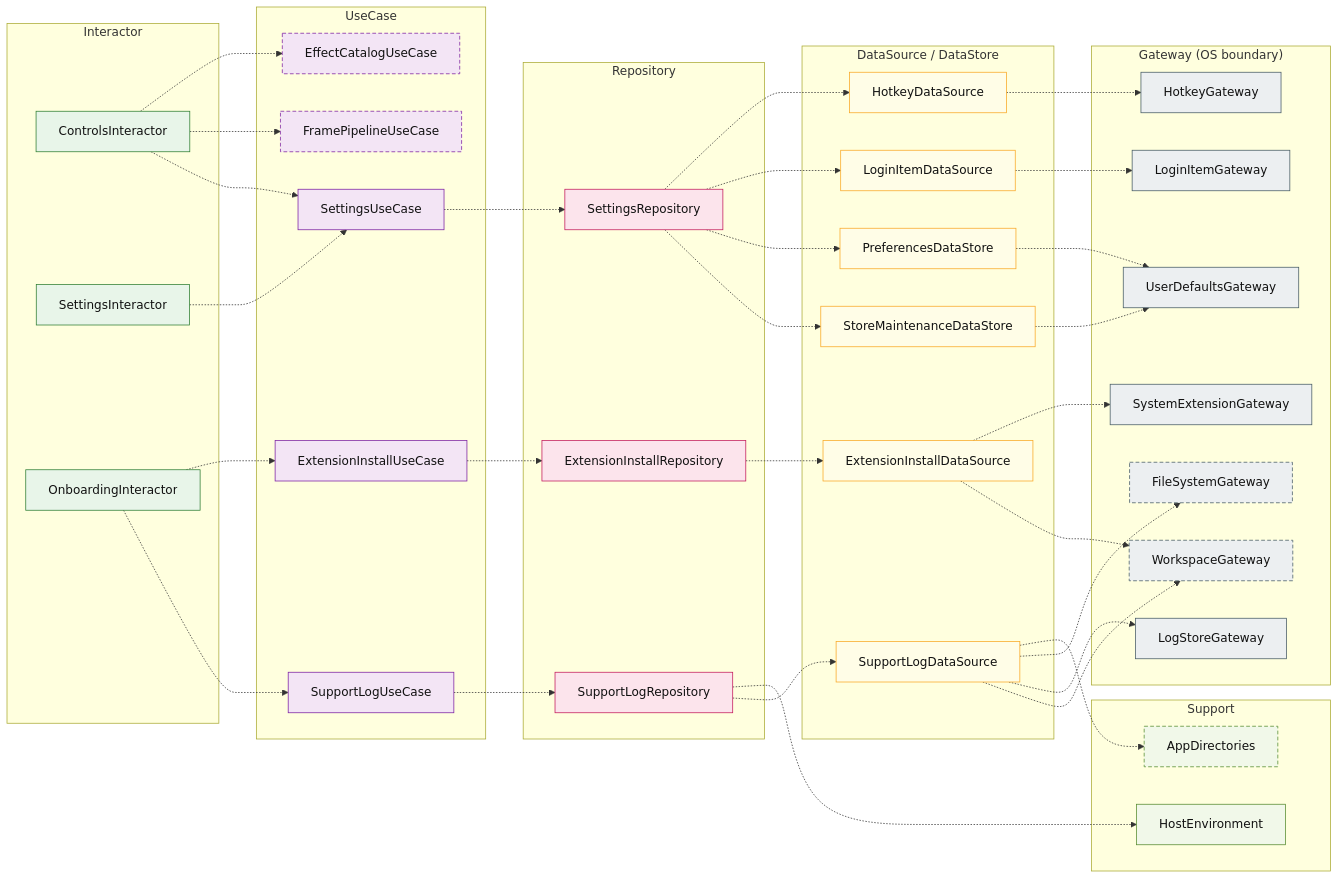
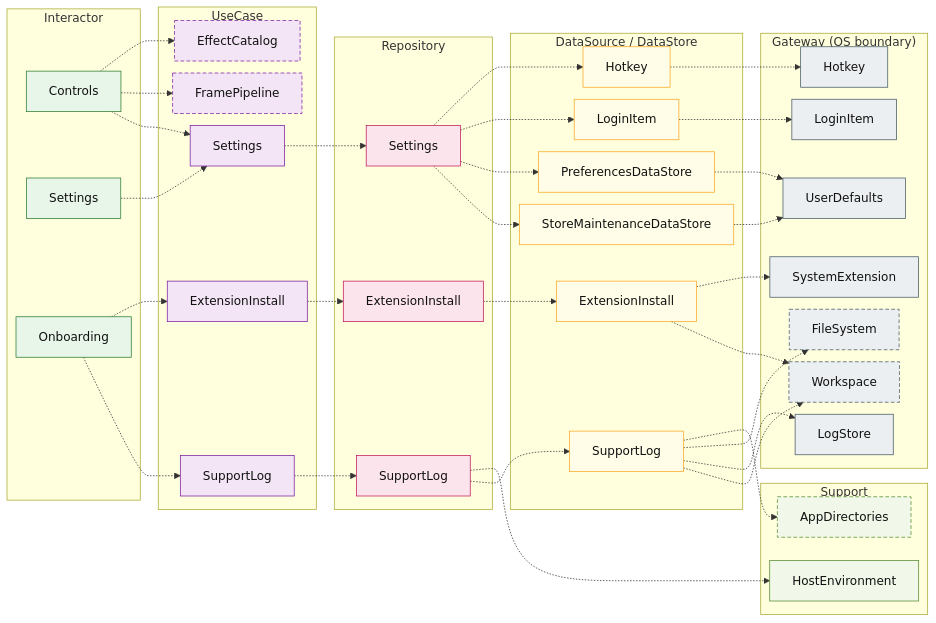
One commit to GeneralD/mirage changed the seventh of 8 diagrams in docs/ARCHITECTURE.md. Above: the diagram before and after it, drawn with Mermaid. The commit also changed other lines of this file, not shown here.

First line of the commit message:
docs(architecture): fit the module diagrams to the page width

````diff
--- a/docs/ARCHITECTURE.md
+++ b/docs/ARCHITECTURE.md
@@ -385,76 +414,77 @@
 ```mermaid
+%%{init: {"flowchart": {"rankSpacing": 24, "nodeSpacing": 16}}}%%
 graph LR
-  subgraph App_int["Interactor"]
-    ControlsInteractor:::int
-    SettingsInteractor:::int
-    OnboardingInteractor:::int
+  subgraph Area3_int["Interactor"]
+    ControlsInteractor["Controls"]:::int
+    SettingsInteractor["Settings"]:::int
+    OnboardingInteractor["Onboarding"]:::int
   end
-  subgraph App_uc["UseCase"]
-    SettingsUseCase:::uc
-    ExtensionInstallUseCase:::uc
-    SupportLogUseCase:::uc
-    EffectCatalogUseCase:::ucx
-    FramePipelineUseCase:::ucx
+  subgraph Area3_uc["UseCase"]
+    SettingsUseCase["Settings"]:::uc
+    ExtensionInstallUseCase["ExtensionInstall"]:::uc
+    SupportLogUseCase["SupportLog"]:::uc
+    EffectCatalogUseCase["EffectCatalog"]:::ucx
+    FramePipelineUseCase["FramePipeline"]:::ucx
   end
-  subgraph App_repo["Repository"]
-    SettingsRepository:::repo
-    ExtensionInstallRepository:::repo
-    SupportLogRepository:::repo
+  subgraph Area3_repo["Repository"]
+    SettingsRepository["Settings"]:::repo
+    ExtensionInstallRepository["ExtensionInstall"]:::repo
+    SupportLogRepository["SupportLog"]:::repo
   end
-  subgraph App_ds["DataSource / DataStore"]
-    HotkeyDataSource:::ds
-    LoginItemDataSource:::ds
+  subgraph Area3_ds["DataSource / DataStore"]
+    HotkeyDataSource["Hotkey"]:::ds
+    LoginItemDataSource["LoginItem"]:::ds
     PreferencesDataStore:::ds
     StoreMaintenanceDataStore:::ds
-    ExtensionInstallDataSource:::ds
-    SupportLogDataSource:::ds
+    ExtensionInstallDataSource["ExtensionInstall"]:::ds
+    SupportLogDataSource["SupportLog"]:::ds
   end
-  subgraph App_gw["Gateway (OS boundary)"]
-    HotkeyGateway:::gw
-    LoginItemGateway:::gw
-    UserDefaultsGateway:::gw
-    SystemExtensionGateway:::gw
-    LogStoreGateway:::gw
-    FileSystemGateway:::gwx
-    WorkspaceGateway:::gwx
+  subgraph Area3_gw["Gateway (OS boundary)"]
+    HotkeyGateway["Hotkey"]:::gw
+    LoginItemGateway["LoginItem"]:::gw
+    UserDefaultsGateway["UserDefaults"]:::gw
+    SystemExtensionGateway["SystemExtension"]:::gw
+    LogStoreGateway["LogStore"]:::gw
+    FileSystemGateway["FileSystem"]:::gwx
+    WorkspaceGateway["Workspace"]:::gwx
   end
-  subgraph App_sup["Support"]
+  subgraph Area3_sup["Support"]
     HostEnvironment:::sup
     AppDirectories:::supx
   end
   ControlsInteractor -.-> EffectCatalogUseCase
   ControlsInteractor -.-> FramePipelineUseCase
   ControlsInteractor -.-> SettingsUseCase
   SettingsInteractor -.-> SettingsUseCase
   OnboardingInteractor -.-> ExtensionInstallUseCase
   OnboardingInteractor -.-> SupportLogUseCase
   SettingsUseCase -.-> SettingsRepository
   ExtensionInstallUseCase -.-> ExtensionInstallRepository
   SupportLogUseCase -.-> SupportLogRepository
   SettingsRepository -.-> HotkeyDataSource
   SettingsRepository -.-> LoginItemDataSource
   SettingsRepository -.-> PreferencesDataStore
   SettingsRepository -.-> StoreMaintenanceDataStore
   ExtensionInstallRepository -.-> ExtensionInstallDataSource
   SupportLogRepository -.-> HostEnvironment
   SupportLogRepository -.-> SupportLogDataSource
   HotkeyDataSource -.-> HotkeyGateway
   LoginItemDataSource -.-> LoginItemGateway
   PreferencesDataStore -.-> UserDefaultsGateway
   StoreMaintenanceDataStore -.-> UserDefaultsGateway
   ExtensionInstallDataSource -.-> SystemExtensionGateway
   ExtensionInstallDataSource -.-> WorkspaceGateway
   SupportLogDataSource -.-> AppDirectories
   SupportLogDataSource -.-> FileSystemGateway
   SupportLogDataSource -.-> LogStoreGateway
   SupportLogDataSource -.-> WorkspaceGateway
   classDef ds fill:#fffde7,stroke:#f9a825,color:#111
   classDef gw fill:#eceff1,stroke:#455a64,color:#111
   classDef gwx fill:#eceff1,stroke:#455a64,color:#111,stroke-dasharray:5 3
   classDef int fill:#e8f5e9,stroke:#2e7d32,color:#111
   classDef repo fill:#fce4ec,stroke:#c2185b,color:#111
   classDef sup fill:#f1f8e9,stroke:#558b2f,color:#111
   classDef supx fill:#f1f8e9,stroke:#558b2f,color:#111,stroke-dasharray:5 3
   classDef uc fill:#f3e5f5,stroke:#7b1fa2,color:#111
   classDef ucx fill:#f3e5f5,stroke:#7b1fa2,color:#111,stroke-dasharray:5 3
 ```
````
